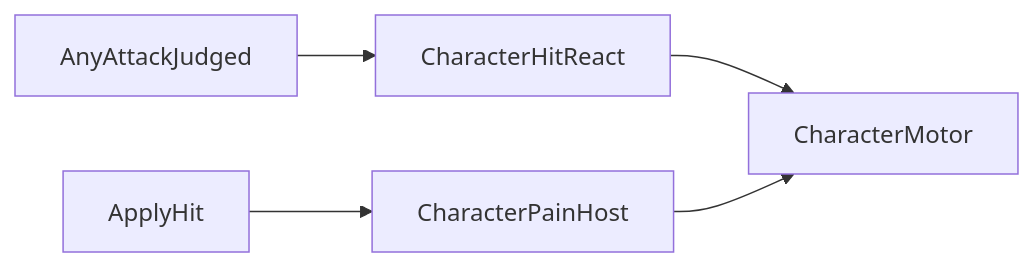
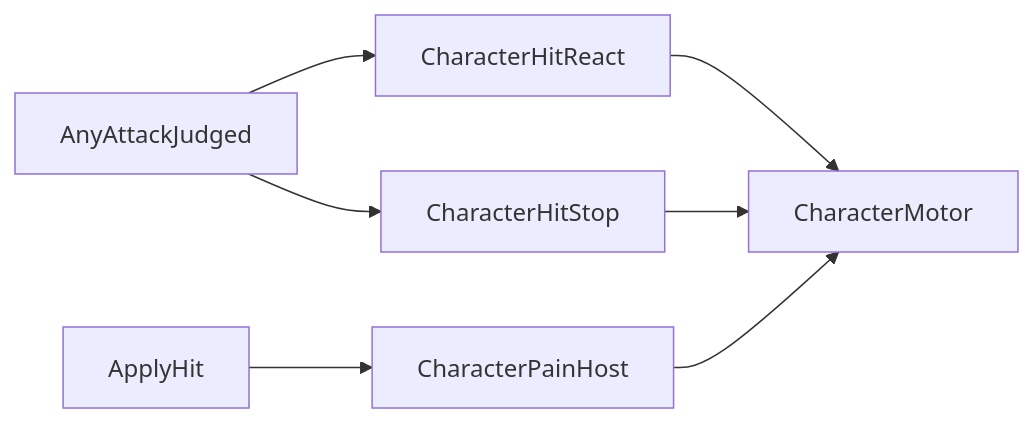
Before and after one commit to garunnir/Project_Pictureless: the second of 2 diagrams in docs/locomotion/LOCOMOTION.md, drawn with Mermaid. The commit also changed other lines of this file and 353 other files, not shown here.

````diff
--- a/docs/locomotion/LOCOMOTION.md
+++ b/docs/locomotion/LOCOMOTION.md
@@ -74,12 +74,15 @@
 ```mermaid
 flowchart LR
     applyHit[ApplyHit]
     judged[AnyAttackJudged]
     hitReact[CharacterHitReact]
+    hitStop[CharacterHitStop]
     pain[CharacterPainHost]
     motor[CharacterMotor]
     applyHit --> pain
     judged --> hitReact
+    judged --> hitStop
     hitReact --> motor
+    hitStop --> motor
     pain --> motor
 ```
````
